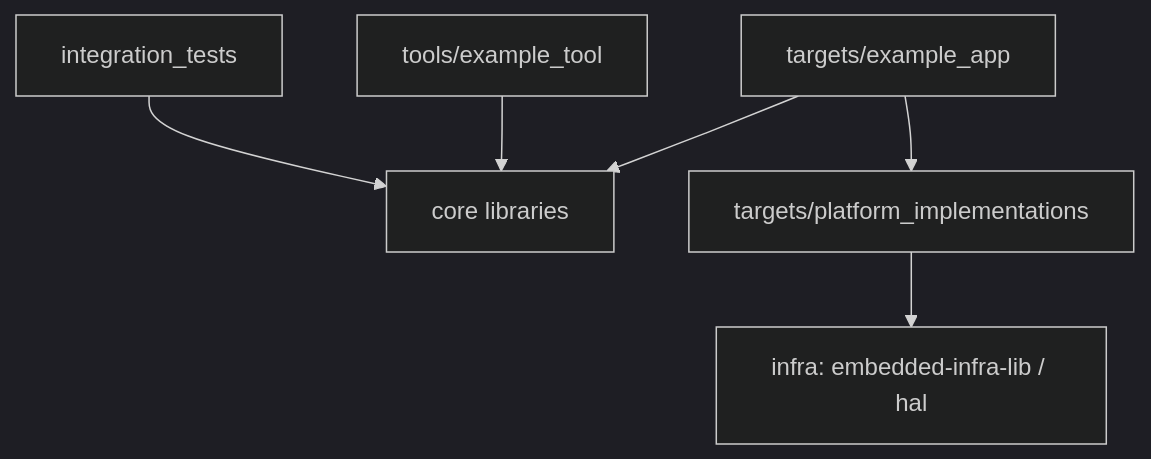
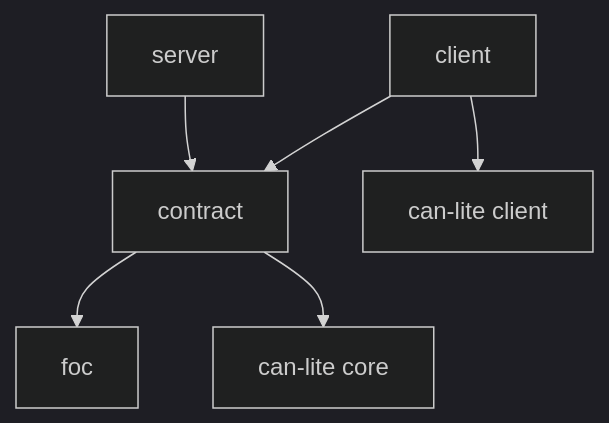
One commit to embedded-pro/e-foc-protocol changed the second of 2 diagrams in documentation/architecture/system.md. Above: the diagram before and after it, drawn with Mermaid (dark theme). The commit also changed other lines of this file and 120 other files, not shown here.

First line of the commit message:
feat: extract the FOC motor CAN wire contract from e-foc

````diff
--- a/documentation/architecture/system.md
+++ b/documentation/architecture/system.md
@@ -40,8 +67,8 @@
 ```mermaid
-graph TD
-    App[targets/example_app] --> Core[core libraries]
-    App --> Platform[targets/platform_implementations]
-    Tools[tools/example_tool] --> Core
-    IT[integration_tests] --> Core
-    Platform --> Infra[infra: embedded-infra-lib / hal]
+flowchart TD
+    Server[server] --> Contract[contract]
+    Client[client] --> Contract
+    Contract --> Foc[foc]
+    Contract --> CanLite[can-lite core]
+    Client --> CanLiteClient[can-lite client]
 ```
````
